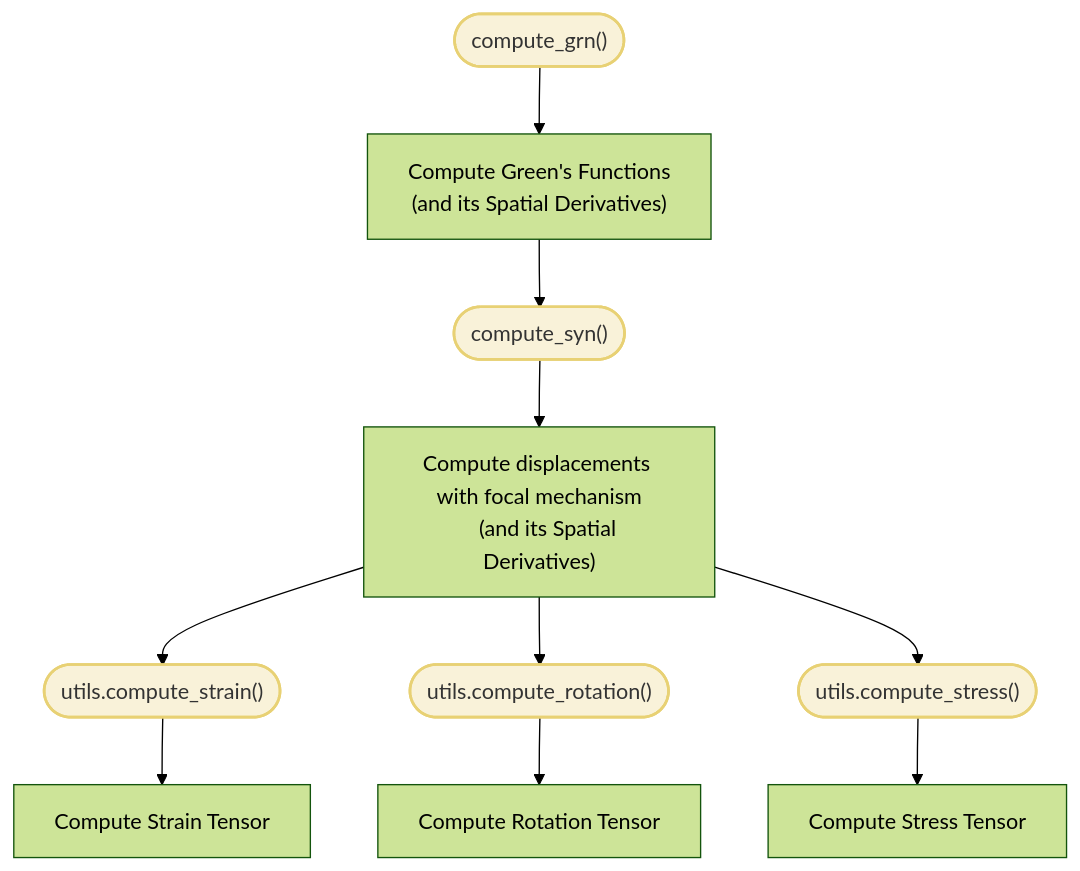
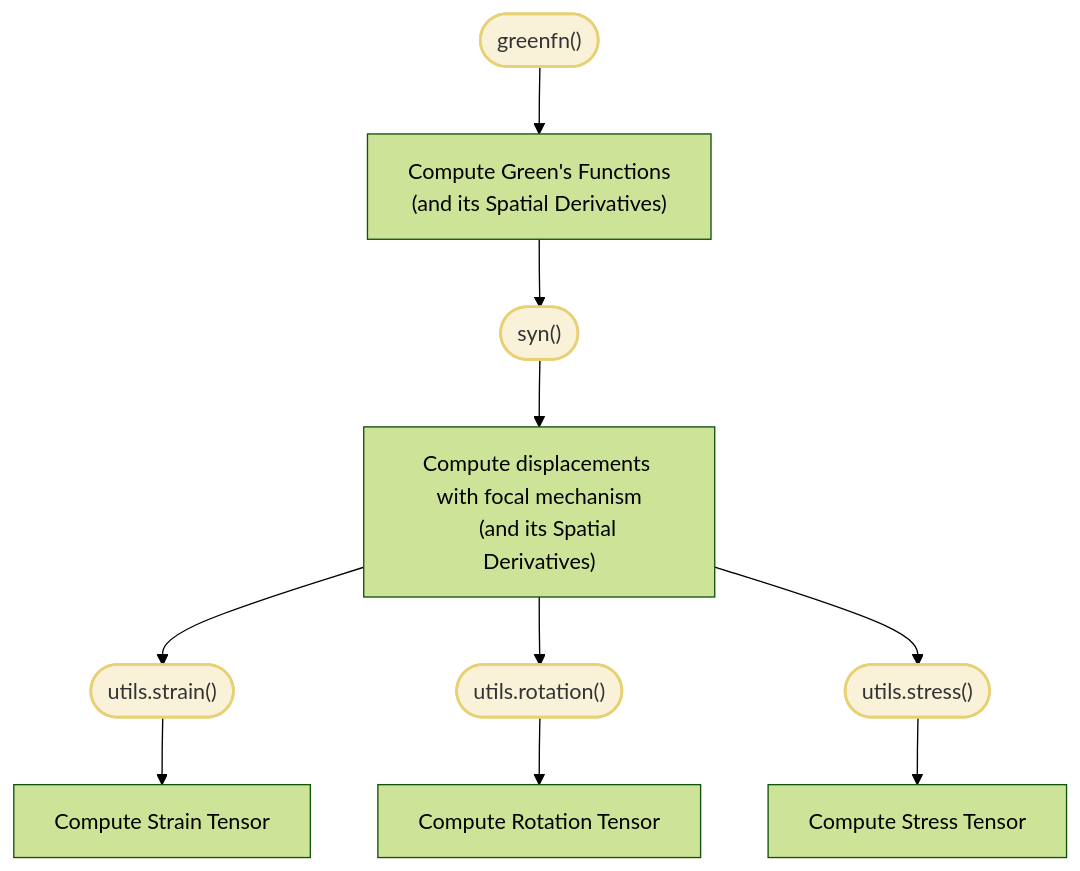
One commit to Dengda98/PyGRT changed the first of 2 diagrams in docs/source/Tutorial/dynamic/index.rst. Above: the diagram before and after it, drawn with Mermaid (forest theme). The commit also changed 38 other files, not shown here.

```diff
--- a/docs/source/Tutorial/dynamic/index.rst
+++ b/docs/source/Tutorial/dynamic/index.rst
@@ -11,26 +11,26 @@
 .. mermaid::
 
     flowchart TB 
 
-        GG(["compute_grn()"])
-        SS(["compute_syn()"])
-        EE(["utils.compute_strain()"])
-        RR(["utils.compute_rotation()"])
-        TT(["utils.compute_stress()"])
+        GG(["greenfn()"])
+        SS(["syn()"])
+        EE(["utils.strain()"])
+        RR(["utils.rotation()"])
+        TT(["utils.stress()"])
 
         G["Compute Green's Functions
         (and its Spatial Derivatives)"]
         S["Compute displacements with focal mechanism
         (and its Spatial Derivatives)"]
         E["Compute Strain Tensor"]
         R["Compute Rotation Tensor"]
         T["Compute Stress Tensor"]
 
         GG --> G
         G --> SS --> S
         S --> EE --> E
         S --> RR --> R
         S --> TT --> T
         
         classDef cmdcls fill:#f9f2d9,stroke:#e8d174,stroke-width:2px,color:#333;
         class GG,SS,EE,RR,TT cmdcls
```
